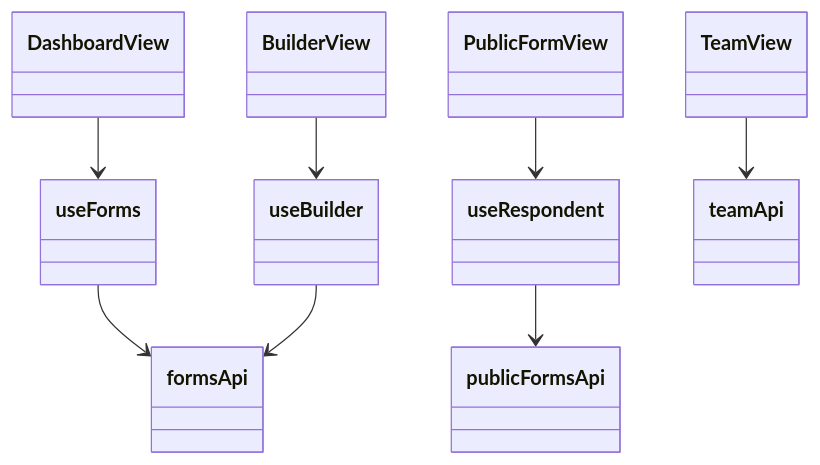
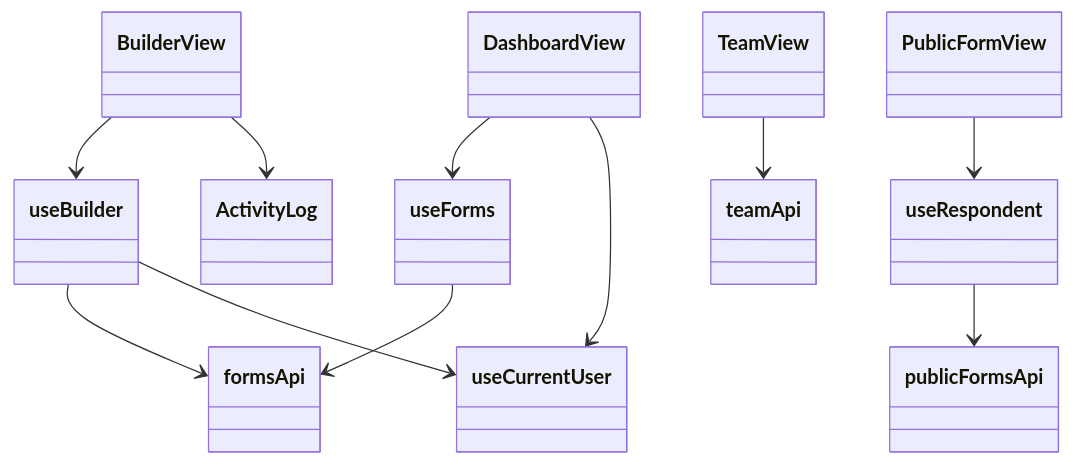
One commit to ruthwikkakumani/formly changed the third of 3 diagrams in docs/diagrams/class-uml.md. Above: the diagram before and after it, drawn with Mermaid. The commit also changed other lines of this file and 11 other files, not shown here.

First line of the commit message:
docs: sync LLD and UML with live presence and activity history

````diff
--- a/docs/diagrams/class-uml.md
+++ b/docs/diagrams/class-uml.md
@@ -101,20 +129,25 @@
 ```mermaid
 classDiagram
   class DashboardView
   class BuilderView
   class PublicFormView
   class TeamView
+  class ActivityLog
   class useForms
   class useBuilder
   class useRespondent
+  class useCurrentUser
   class formsApi
   class publicFormsApi
   class teamApi
   DashboardView --> useForms
+  DashboardView --> useCurrentUser
   BuilderView --> useBuilder
+  BuilderView --> ActivityLog
   PublicFormView --> useRespondent
   TeamView --> teamApi
   useForms --> formsApi
   useBuilder --> formsApi
+  useBuilder --> useCurrentUser
   useRespondent --> publicFormsApi
 ```
````
